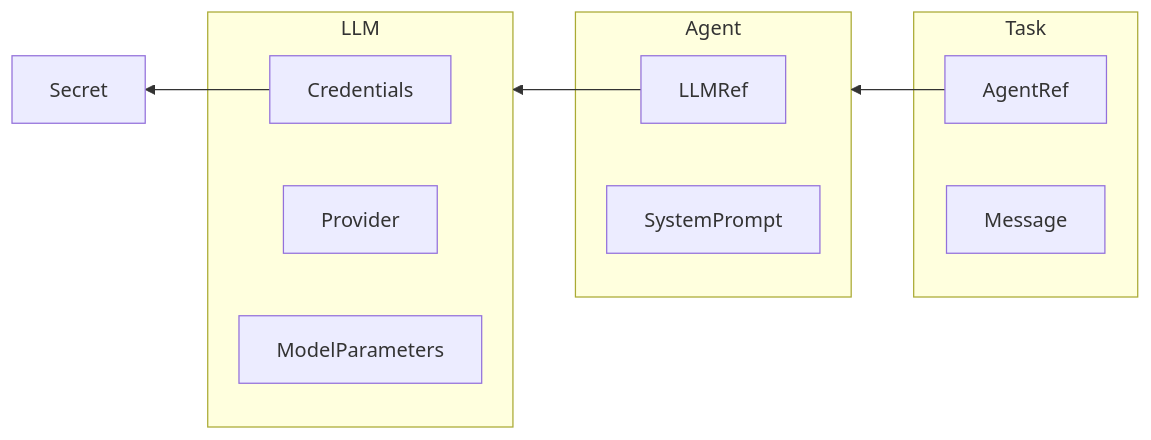
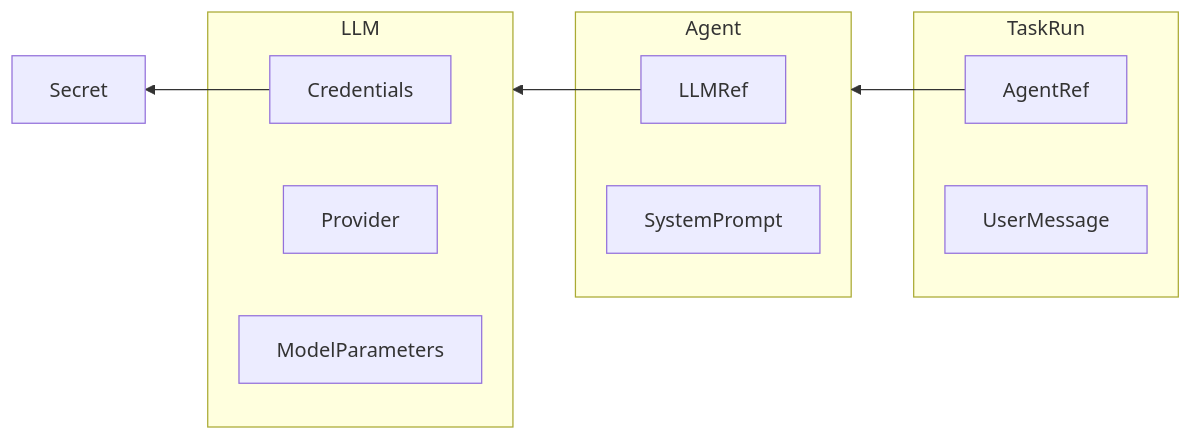
The third of 7 diagrams in README.md (humanlayer/smallchain), drawn with Mermaid before and after one commit. The commit also changed other lines of this file and 1 other file, not shown here.

````diff
--- a/README.md
+++ b/README.md
@@ -330,27 +327,27 @@
 ```mermaid
 graph RL
     Agent
     LLM
     Secret
 
     LLMRef --> LLM
     Credentials --> Secret
     AgentRef --> Agent
 
 
     subgraph LLM
       Provider
       Credentials
       ModelParameters
     end
 
     subgraph Agent
       LLMRef
       SystemPrompt
     end
 
-    subgraph Task
+    subgraph TaskRun
       AgentRef
-      Message
+      UserMessage
     end
 ```
````
